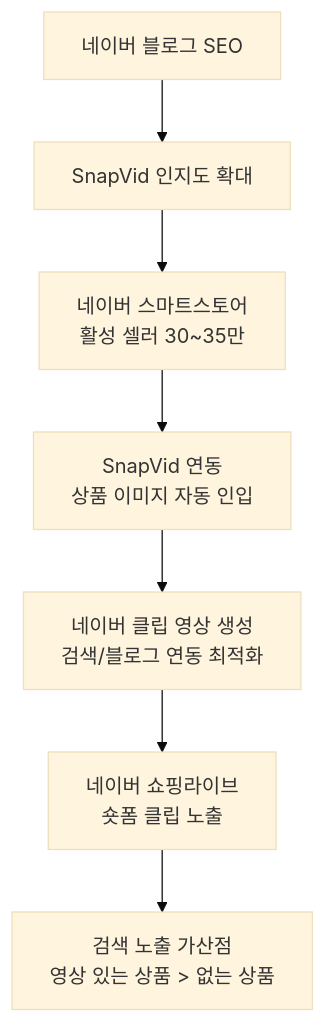
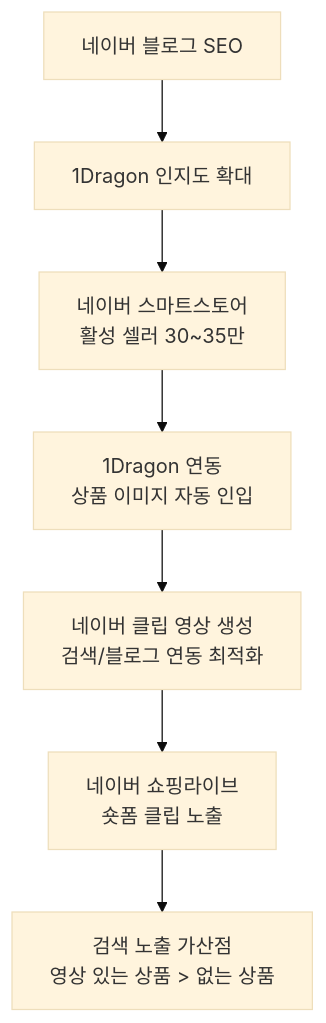
Before and after one commit to inchan/1dragon: the diagram in docs/02-strategy/gtm/02-partnerships-content.md, drawn with Mermaid (base theme). The commit also changed other lines of this file and 182 other files, not shown here.

````diff
--- a/docs/02-strategy/gtm/02-partnerships-content.md
+++ b/docs/02-strategy/gtm/02-partnerships-content.md
@@ -147,10 +147,10 @@
 ```mermaid
 graph TD
-    A[네이버 스마트스토어<br/>활성 셀러 30~35만] --> B[SnapVid 연동<br/>상품 이미지 자동 인입]
+    A[네이버 스마트스토어<br/>활성 셀러 30~35만] --> B[1Dragon 연동<br/>상품 이미지 자동 인입]
     B --> C[네이버 클립 영상 생성<br/>검색/블로그 연동 최적화]
     C --> D[네이버 쇼핑라이브<br/>숏폼 클립 노출]
     D --> E[검색 노출 가산점<br/>영상 있는 상품 > 없는 상품]
 
-    F[네이버 블로그 SEO] --> G[SnapVid 인지도 확대]
+    F[네이버 블로그 SEO] --> G[1Dragon 인지도 확대]
     G --> A
 ```
````
